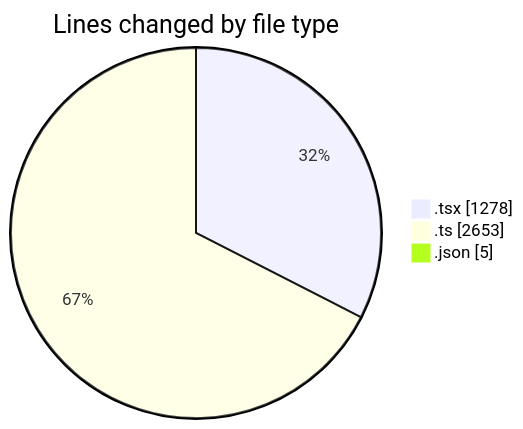
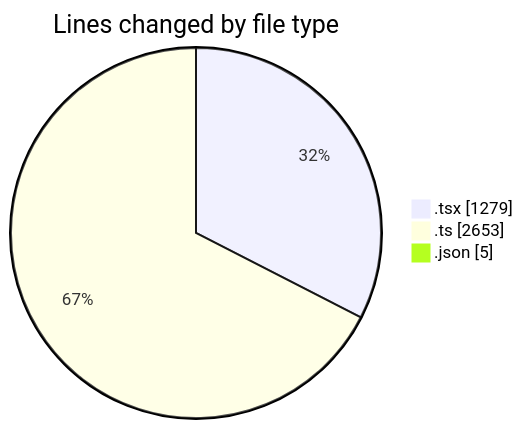
The first of 2 diagrams in 2025-11-23/eventscop-frontend-guide__workspace_/README.md (julien-gomy/code-tracking), drawn with Mermaid before and after one commit. The commit also changed other lines of this file and 1 other file, not shown here.

````diff
--- a/2025-11-23/eventscop-frontend-guide__workspace_/README.md
+++ b/2025-11-23/eventscop-frontend-guide__workspace_/README.md
@@ -51,7 +51,7 @@
 ```mermaid
 pie showData
 title Lines changed by file type
-".tsx" : 1278
+".tsx" : 1279
 ".ts" : 2653
 ".json" : 5
 ```
````
